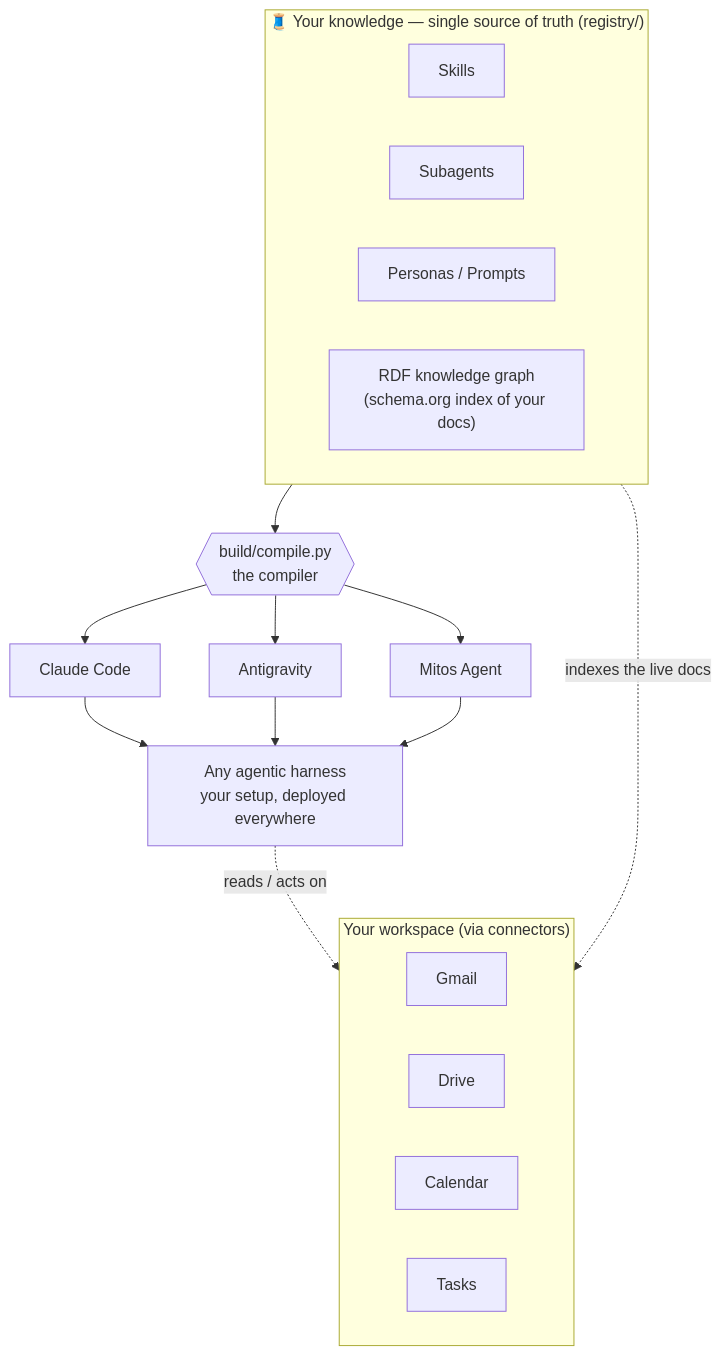
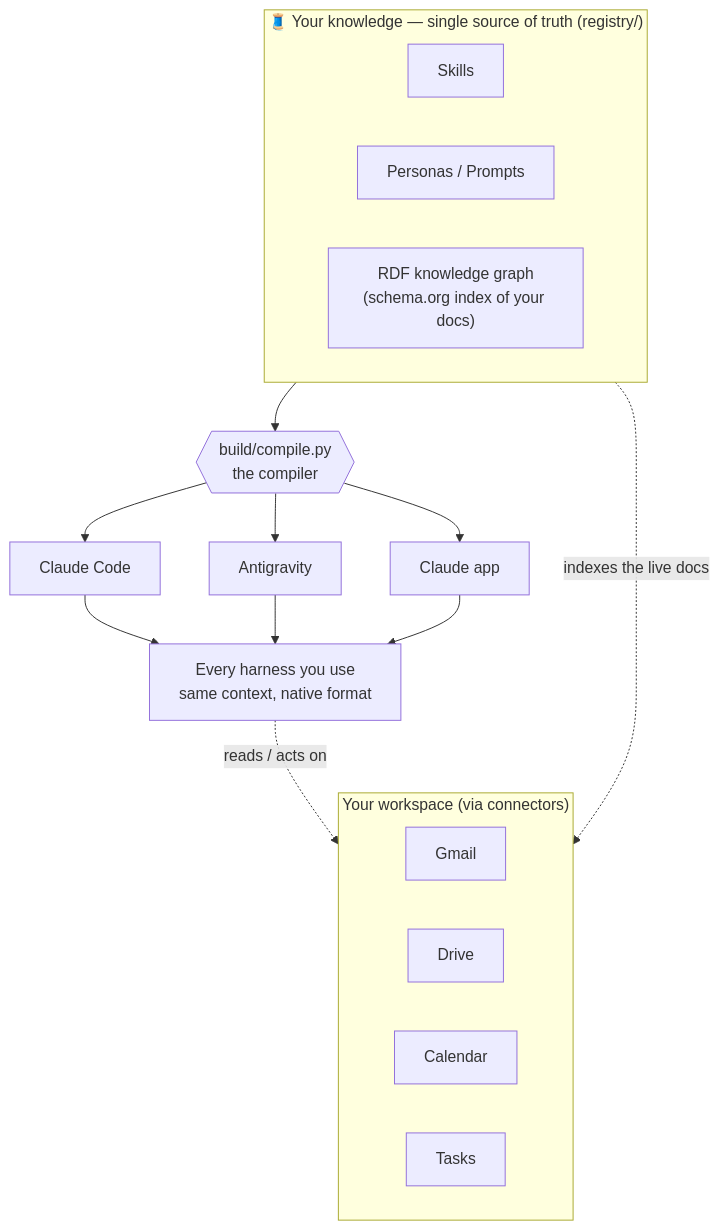
The first of 2 diagrams in README.md (Peccia/mitos), drawn with Mermaid before and after one commit. The commit also changed other lines of this file and 16 other files, not shown here.

````diff
--- a/README.md
+++ b/README.md
@@ -12,30 +26,29 @@
 ```mermaid
 flowchart TB
     subgraph MOAT["🧵 Your knowledge — single source of truth (registry/)"]
         direction LR
         SKILLS["Skills"]
-        AGENTS["Subagents"]
         PROMPTS["Personas / Prompts"]
         GRAPH["RDF knowledge graph<br/>(schema.org index of your docs)"]
     end
 
     MOAT --> COMPILE{{"build/compile.py<br/>the compiler"}}
 
     COMPILE --> CC["Claude Code"]
     COMPILE --> AG["Antigravity"]
-    COMPILE --> HE["Mitos Agent"]
+    COMPILE --> CA2["Claude app"]
 
-    CC --> HARNESS["Any agentic harness<br/>your setup, deployed everywhere"]
+    CC --> HARNESS["Every harness you use<br/>same context, native format"]
     AG --> HARNESS
-    HE --> HARNESS
+    CA2 --> HARNESS
 
     subgraph WS["Your workspace (via connectors)"]
         direction LR
         GM["Gmail"]
         DR["Drive"]
         CA["Calendar"]
         TK["Tasks"]
     end
     GRAPH -. "indexes the live docs" .-> WS
     HARNESS -. "reads / acts on" .-> WS
 ```
````
